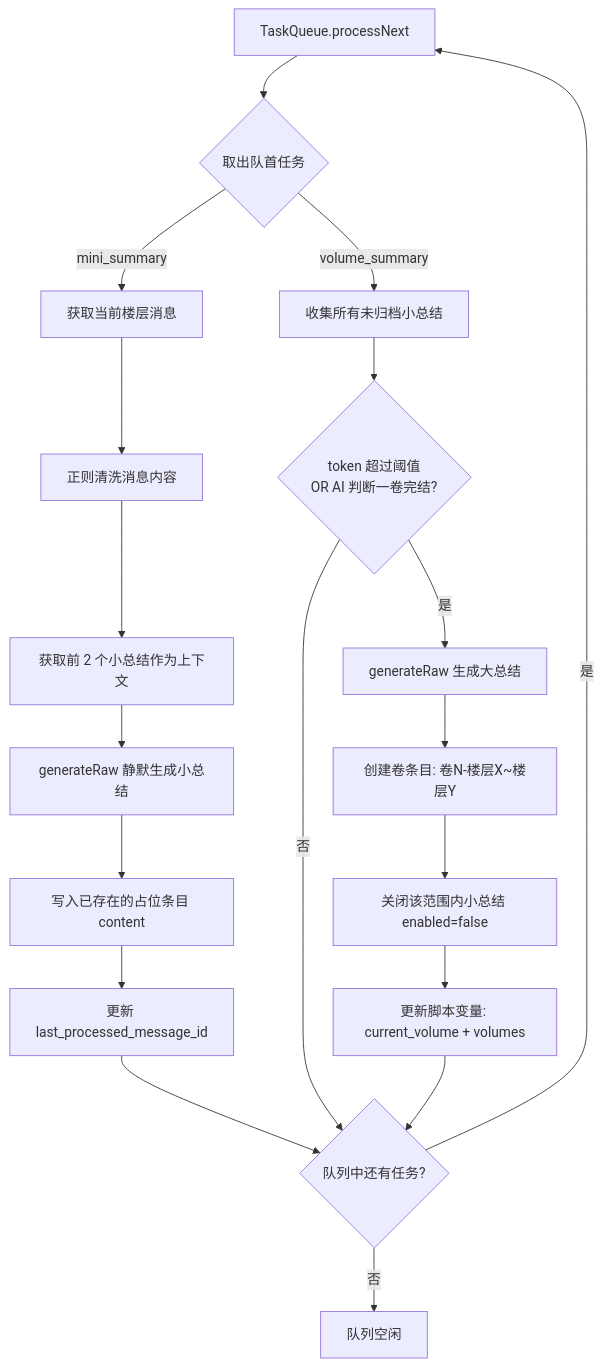
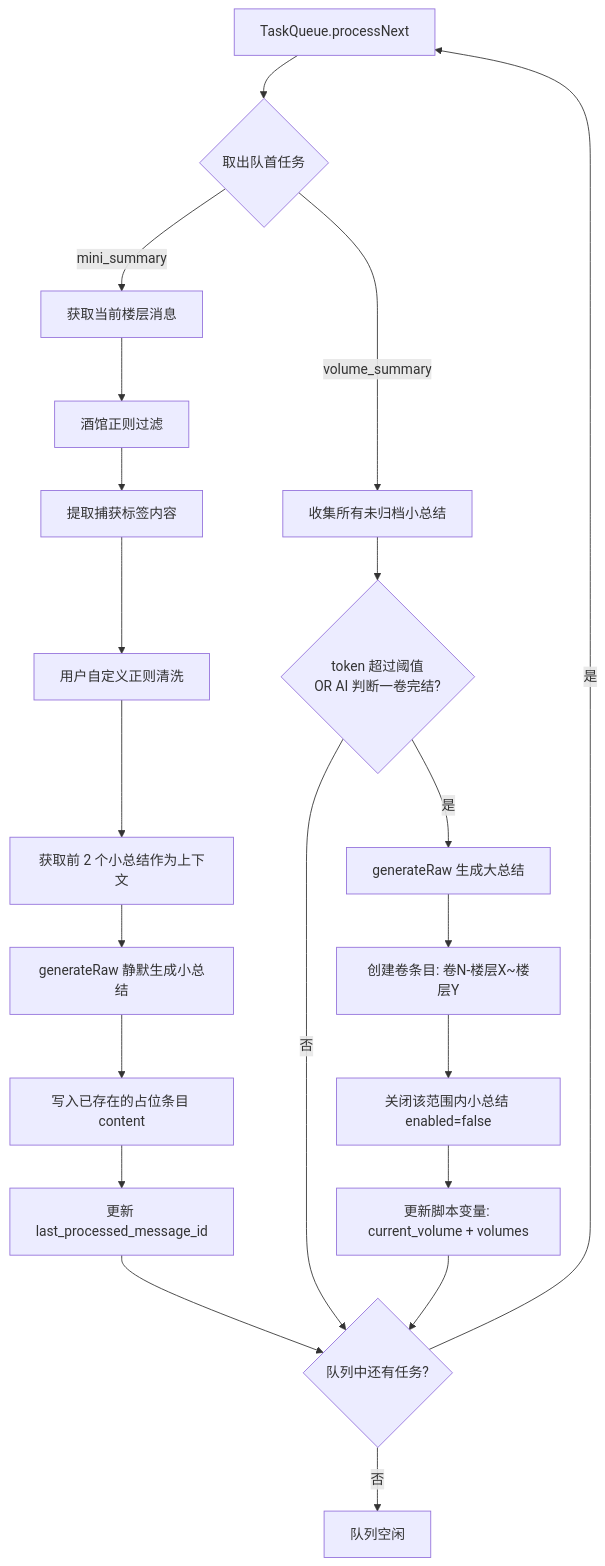
The second of 4 diagrams in plans/architecture.md (Hilo114/Hilos-Automatic-Summary), drawn with Mermaid before and after one commit. The commit also changed other lines of this file and 1 other file, not shown here.

````diff
--- a/plans/architecture.md
+++ b/plans/architecture.md
@@ -716,25 +734,27 @@
 ```mermaid
 flowchart TD
     Q[TaskQueue.processNext] --> T{取出队首任务}
 
     T -->|mini_summary| M1[获取当前楼层消息]
-    M1 --> M2[正则清洗消息内容]
+    M1 --> M1b[酒馆正则过滤]
+    M1b --> M1c[提取捕获标签内容]
+    M1c --> M2[用户自定义正则清洗]
     M2 --> M3[获取前 2 个小总结作为上下文]
     M3 --> M4[generateRaw 静默生成小总结]
     M4 --> M5[写入已存在的占位条目 content]
     M5 --> M6[更新 last_processed_message_id]
     M6 --> NEXT
 
     T -->|volume_summary| V1[收集所有未归档小总结]
     V1 --> V2{token 超过阈值<br/>OR AI 判断一卷完结?}
     V2 -->|否| NEXT
     V2 -->|是| V3[generateRaw 生成大总结]
     V3 --> V4[创建卷条目: 卷N-楼层X~楼层Y]
     V4 --> V5[关闭该范围内小总结 enabled=false]
     V5 --> V6[更新脚本变量: current_volume + volumes]
     V6 --> NEXT
 
     NEXT{队列中还有任务?}
     NEXT -->|是| Q
     NEXT -->|否| END[队列空闲]
 ```
````
